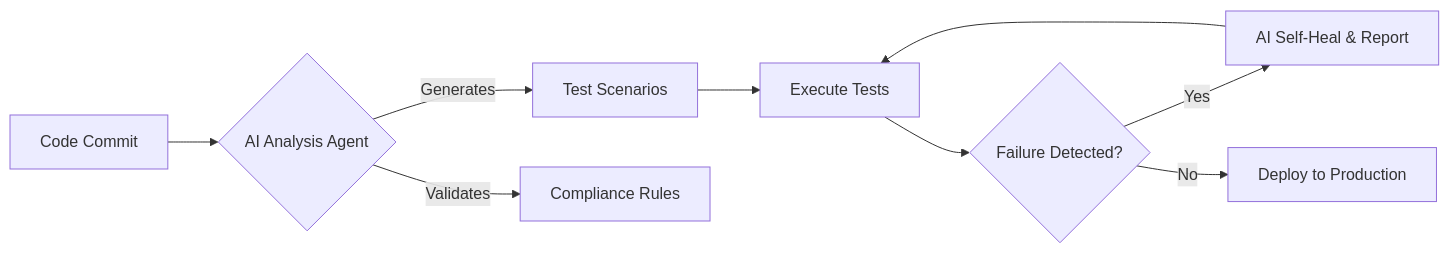
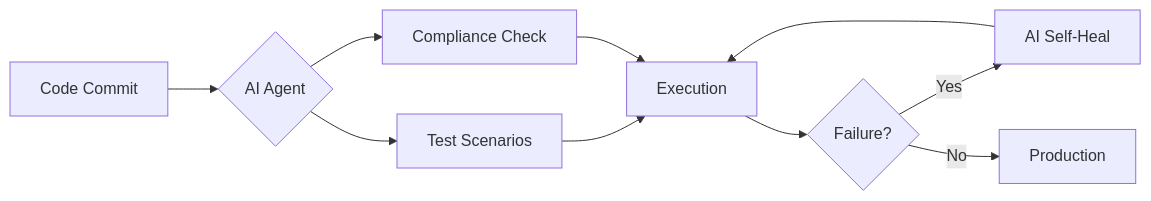
One commit to darshil0/darshil0 changed the diagram in README.md. Above: the diagram before and after it, drawn with Mermaid. The commit also changed other lines of this file, not shown here.

````diff
--- a/README.md
+++ b/README.md
@@ -50,12 +50,13 @@
 ```mermaid
 graph LR
-    A[Code Commit] --> B{AI Analysis Agent}
-    B -->|Generates| C[Test Scenarios]
-    B -->|Validates| D[Compliance Rules]
-    C --> E[Execute Tests]
-    E --> F{Failure Detected?}
-    F -->|Yes| G[AI Self-Heal & Report]
+    A[Code Commit] --> B{AI Agent}
+    B --> C[Test Scenarios]
+    B --> D[Compliance Check]
+    C --> E[Execution]
+    D --> E
+    E --> F{Failure?}
+    F -- Yes --> G[AI Self-Heal]
     G --> E
-    F -->|No| H[Deploy to Production]
+    F -- No --> H[Production]
 
 ```
````
